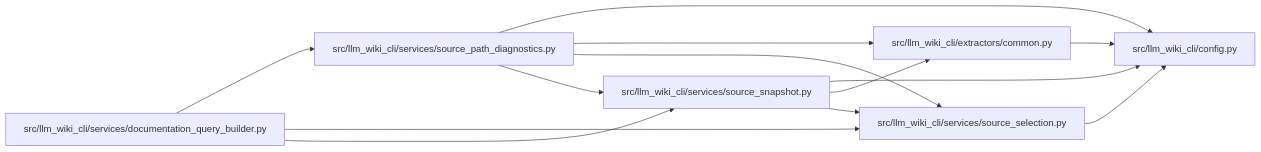
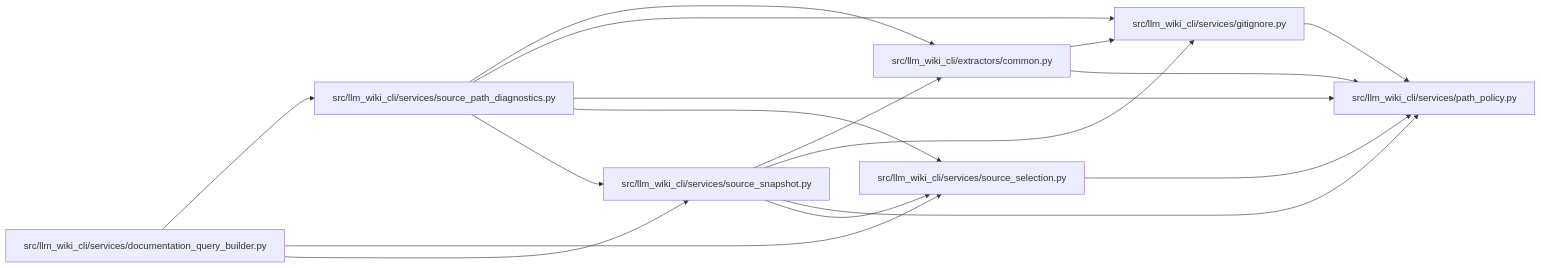
Before and after one commit to Denissvgn/python-wiki-llm: the diagram in docs/llm_wiki/modules/source_path_diagnostics.md, drawn with Mermaid. The commit also changed other lines of this file and 1555 other files, not shown here.

````diff
--- a/docs/llm_wiki/modules/source_path_diagnostics.md
+++ b/docs/llm_wiki/modules/source_path_diagnostics.md
@@ -31,27 +32,33 @@
 ```mermaid
 flowchart LR
-    n0["src/llm_wiki_cli/config.py"]
-    n1["src/llm_wiki_cli/extractors/common.py"]
-    n2["src/llm_wiki_cli/services/documentation_query_builder.py"]
-    n3["src/llm_wiki_cli/services/source_path_diagnostics.py"]
-    n4["src/llm_wiki_cli/services/source_selection.py"]
-    n5["src/llm_wiki_cli/services/source_snapshot.py"]
-    n1 --> n0
+    n0["src/llm_wiki_cli/extractors/common.py"]
+    n1["src/llm_wiki_cli/services/documentation_query_builder.py"]
+    n2["src/llm_wiki_cli/services/gitignore.py"]
+    n3["src/llm_wiki_cli/services/path_policy.py"]
+    n4["src/llm_wiki_cli/services/source_path_diagnostics.py"]
+    n5["src/llm_wiki_cli/services/source_selection.py"]
+    n6["src/llm_wiki_cli/services/source_snapshot.py"]
+    n0 --> n2
+    n0 --> n3
+    n1 --> n4
+    n1 --> n5
+    n1 --> n6
     n2 --> n3
-    n2 --> n4
-    n2 --> n5
-    n3 --> n0
-    n3 --> n1
-    n3 --> n4
-    n3 --> n5
     n4 --> n0
-    n5 --> n0
-    n5 --> n1
-    n5 --> n4
-    click n0 "../modules/config.md"
-    click n1 "../modules/common.md"
-    click n2 "../modules/documentation_query_builder.md"
-    click n3 "../modules/source_path_diagnostics.md"
-    click n4 "../modules/source_selection.md"
-    click n5 "../modules/source_snapshot.md"
+    n4 --> n2
+    n4 --> n3
+    n4 --> n5
+    n4 --> n6
+    n5 --> n3
+    n6 --> n0
+    n6 --> n2
+    n6 --> n3
+    n6 --> n5
+    click n0 "../modules/common.md"
+    click n1 "../modules/documentation_query_builder.md"
+    click n2 "../modules/gitignore.md"
+    click n3 "../modules/path_policy.md"
+    click n4 "../modules/source_path_diagnostics.md"
+    click n5 "../modules/source_selection.md"
+    click n6 "../modules/source_snapshot.md"
 ```
````
